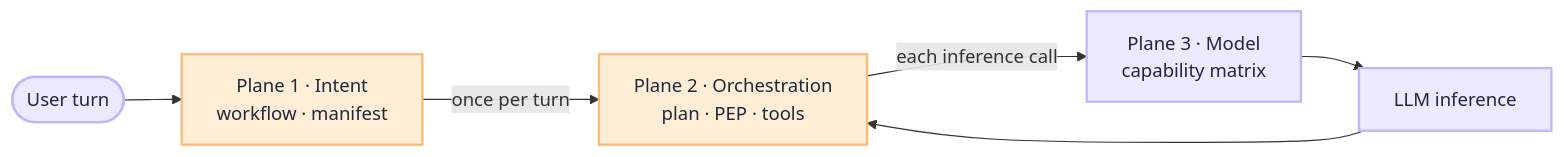
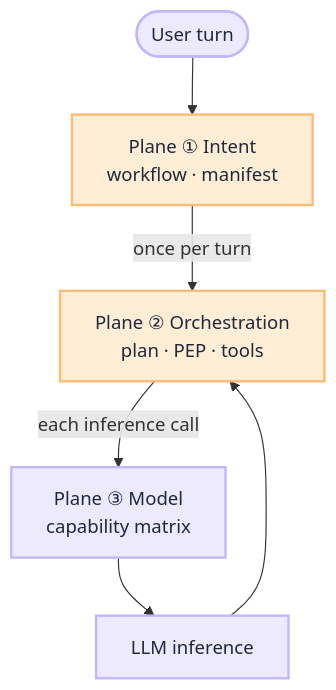
One commit to iamsharmajitender/gain changed the first of 2 diagrams in docs/blueprints/router-blueprint.mdx. Above: the diagram before and after it, drawn with Mermaid. The commit also changed other lines of this file and 23 other files, not shown here.

````diff
--- a/docs/blueprints/router-blueprint.mdx
+++ b/docs/blueprints/router-blueprint.mdx
@@ -25,21 +32,21 @@
 ```mermaid
-flowchart LR
+flowchart TD
     User(["User turn"])
-    P1["Plane 1 · Intent<br/>workflow · manifest"]
-    P2["Plane 2 · Orchestration<br/>plan · PEP · tools"]
-    P3["Plane 3 · Model<br/>capability matrix"]
+    P1["Plane ① Intent<br/>workflow · manifest"]
+    P2["Plane ② Orchestration<br/>plan · PEP · tools"]
+    P3["Plane ③ Model<br/>capability matrix"]
     LLM["LLM inference"]
 
     User --> P1
     P1 -->|"once per turn"| P2
     P2 -->|"each inference call"| P3
     P3 --> LLM
     LLM --> P2
 
     classDef gate fill:#ffedd5,stroke:#fdba74,color:#1e293b,stroke-width:2px
     classDef process fill:#ede9fe,stroke:#c4b5fd,color:#1e293b,stroke-width:2px
 
     class User process
     class P1,P2 gate
     class P3,LLM process
 ```
````
